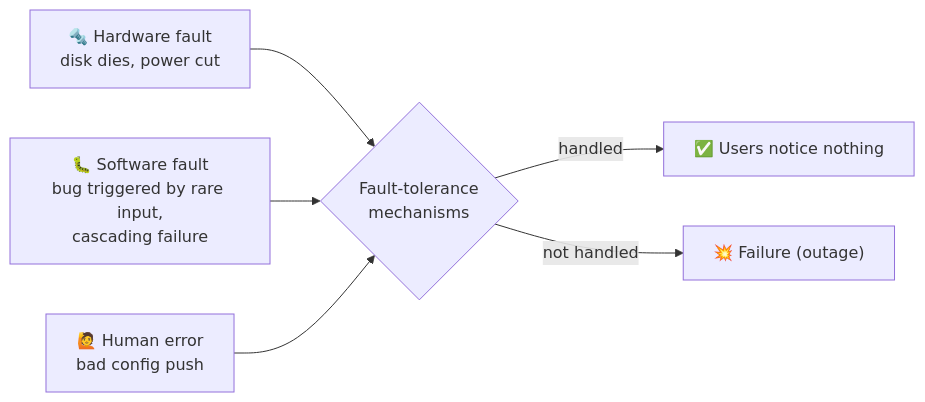
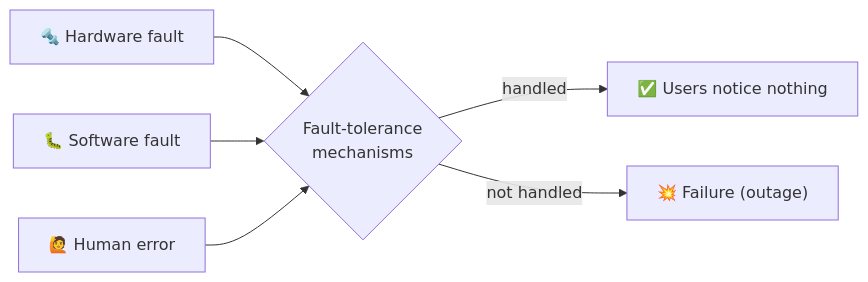
The second of 9 diagrams in docs/chapters/part-1/01-reliable-scalable-maintainable.mdx (pratikguru998/ddia-book), drawn with Mermaid before and after one commit. The commit also changed other lines of this file and 13 other files, not shown here.

Commit message:
Expand all 12 chapters: every book subsection, deeper notes, ~320 diagrams

````diff
--- a/docs/chapters/part-1/01-reliable-scalable-maintainable.mdx
+++ b/docs/chapters/part-1/01-reliable-scalable-maintainable.mdx
@@ -43,8 +88,8 @@
 ```mermaid
 flowchart LR
-  F1["🔩 Hardware fault<br/>disk dies, power cut"] --> T{"Fault-tolerance<br/>mechanisms"}
-  F2["🐛 Software fault<br/>bug triggered by rare input,<br/>cascading failure"] --> T
-  F3["🙋 Human error<br/>bad config push"] --> T
+  F1["🔩 Hardware fault"] --> T{"Fault-tolerance<br/>mechanisms"}
+  F2["🐛 Software fault"] --> T
+  F3["🙋 Human error"] --> T
   T -->|"handled"| OK["✅ Users notice nothing"]
   T -->|"not handled"| FAIL["💥 Failure (outage)"]
 ```
````
